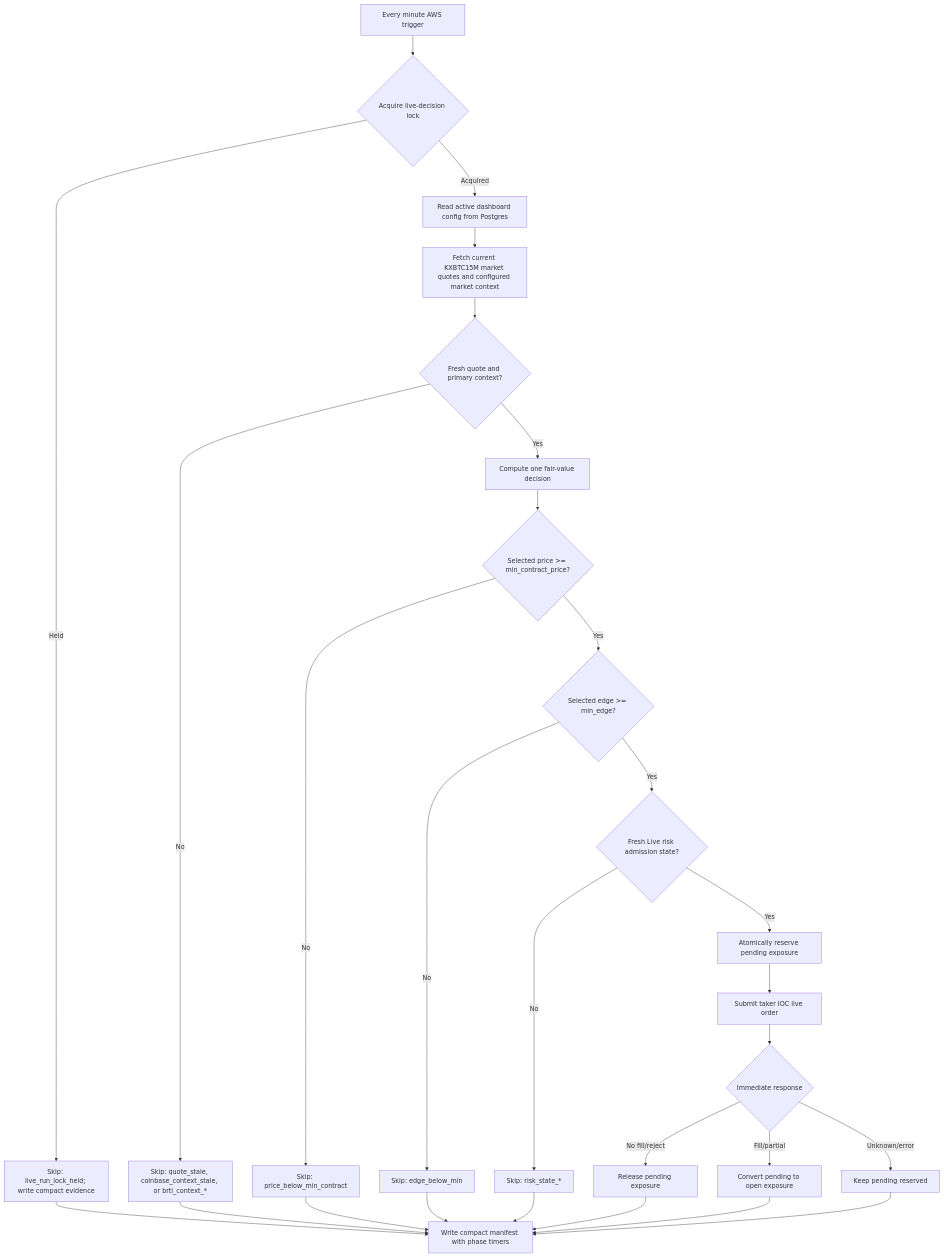
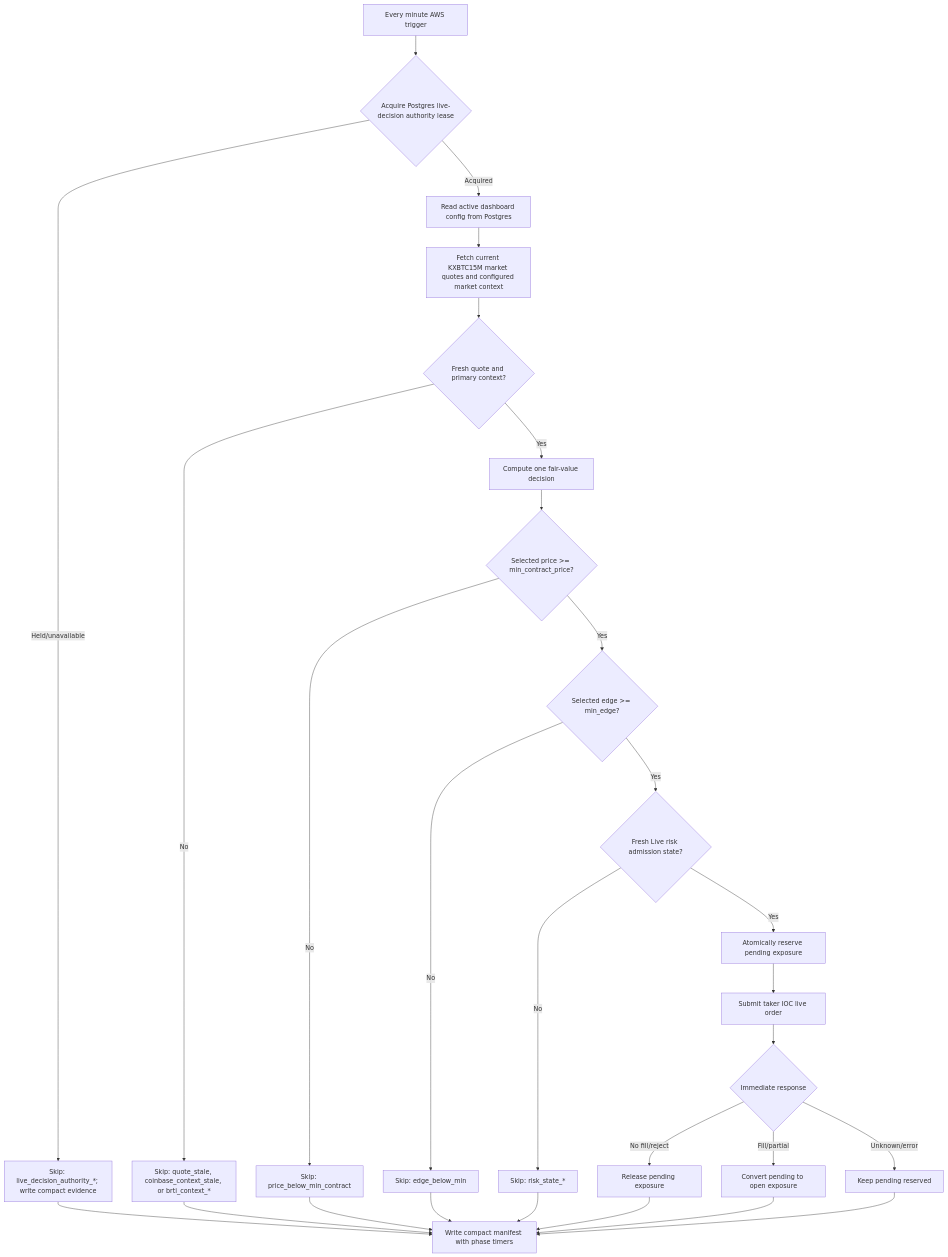
The diagram in docs/strategy/fair-value-live-strategy.md (sidmohan0/alphadb), drawn with Mermaid before and after one commit. The commit also changed other lines of this file and 9 other files, not shown here.

Commit message:
Demote S3 live authority (#57)

````diff
--- a/docs/strategy/fair-value-live-strategy.md
+++ b/docs/strategy/fair-value-live-strategy.md
@@ -109,30 +112,30 @@
 ```mermaid
 flowchart TD
-    A["Every minute AWS trigger"] --> B{"Acquire live-decision lock"}
-    B -- "Held" --> C["Skip: live_run_lock_held; write compact evidence"]
+    A["Every minute AWS trigger"] --> B{"Acquire Postgres live-decision authority lease"}
+    B -- "Held/unavailable" --> C["Skip: live_decision_authority_*; write compact evidence"]
     B -- "Acquired" --> D["Read active dashboard config from Postgres"]
     D --> E["Fetch current KXBTC15M market quotes and configured market context"]
     E --> F{"Fresh quote and primary context?"}
     F -- "No" --> G["Skip: quote_stale, coinbase_context_stale, or brti_context_*"]
     F -- "Yes" --> H["Compute one fair-value decision"]
     H --> I{"Selected price >= min_contract_price?"}
     I -- "No" --> J["Skip: price_below_min_contract"]
     I -- "Yes" --> K{"Selected edge >= min_edge?"}
     K -- "No" --> L["Skip: edge_below_min"]
     K -- "Yes" --> M{"Fresh Live risk admission state?"}
     M -- "No" --> N["Skip: risk_state_*"]
     M -- "Yes" --> O["Atomically reserve pending exposure"]
     O --> P["Submit taker IOC live order"]
     P --> Q{"Immediate response"}
     Q -- "No fill/reject" --> R["Release pending exposure"]
     Q -- "Fill/partial" --> S["Convert pending to open exposure"]
     Q -- "Unknown/error" --> T["Keep pending reserved"]
     C --> U["Write compact manifest with phase timers"]
     G --> U
     J --> U
     L --> U
     N --> U
     R --> U
     S --> U
     T --> U
 ```
````
